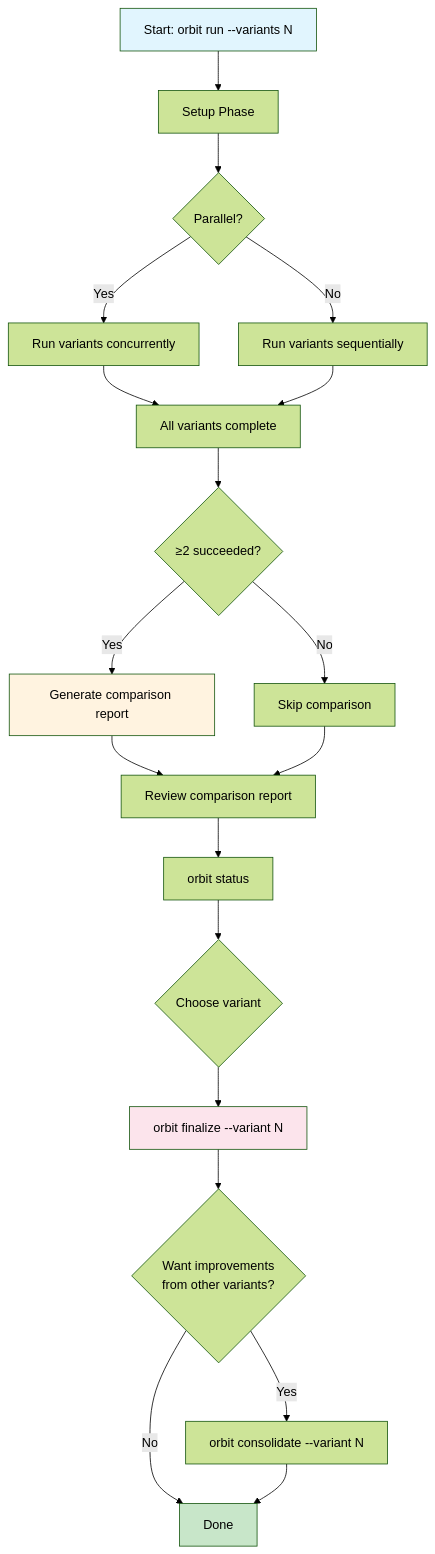
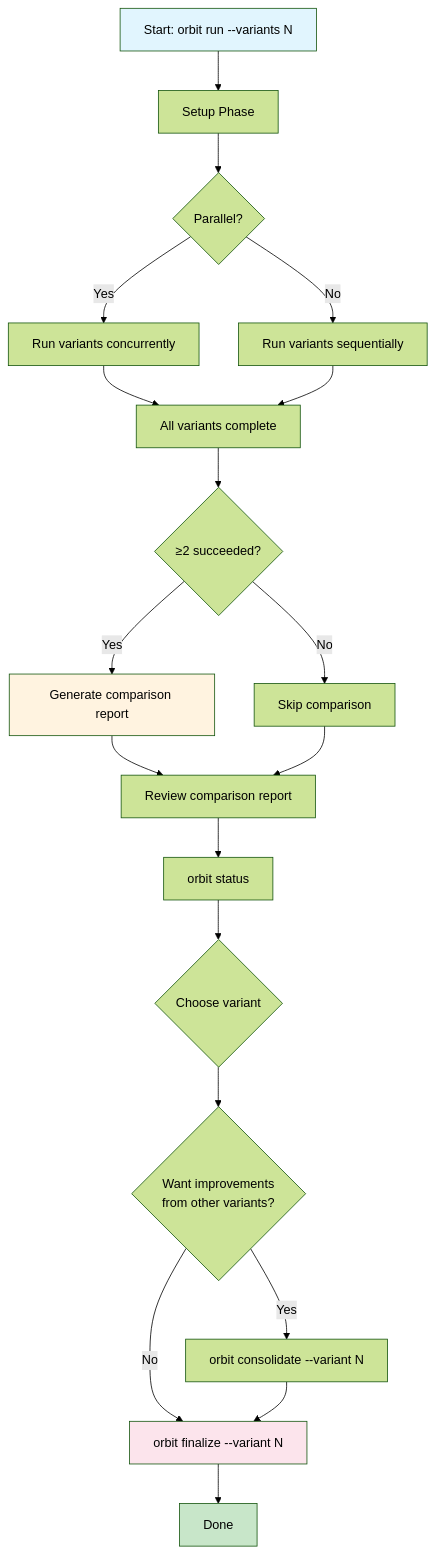
Before and after one commit to ArjenSchwarz/orbit: the first of 8 diagrams in README.md, drawn with Mermaid (forest theme). The commit also changed other lines of this file and 1 other file, not shown here.

First line of the commit message:
docs: Fix workflow order - consolidate must come before finalize

````diff
--- a/README.md
+++ b/README.md
@@ -303,26 +303,26 @@
 ```mermaid
 flowchart TD
     A[Start: orbit run --variants N] --> B[Setup Phase]
     B --> C{Parallel?}
     C -->|Yes| D[Run variants concurrently]
     C -->|No| E[Run variants sequentially]
     D --> F[All variants complete]
     E --> F
     F --> G{≥2 succeeded?}
     G -->|Yes| H[Generate comparison report]
     G -->|No| I[Skip comparison]
     H --> J[Review comparison report]
     I --> J
     J --> K[orbit status]
     K --> L{Choose variant}
-    L --> M[orbit finalize --variant N]
-    M --> N{Want improvements<br>from other variants?}
-    N -->|Yes| O[orbit consolidate --variant N]
-    N -->|No| P[Done]
-    O --> P
+    L --> M{Want improvements<br>from other variants?}
+    M -->|Yes| N[orbit consolidate --variant N]
+    M -->|No| O[orbit finalize --variant N]
+    N --> O
+    O --> P[Done]
 
     style A fill:#e1f5fe
     style P fill:#c8e6c9
     style H fill:#fff3e0
-    style M fill:#fce4ec
+    style O fill:#fce4ec
 ```
````
